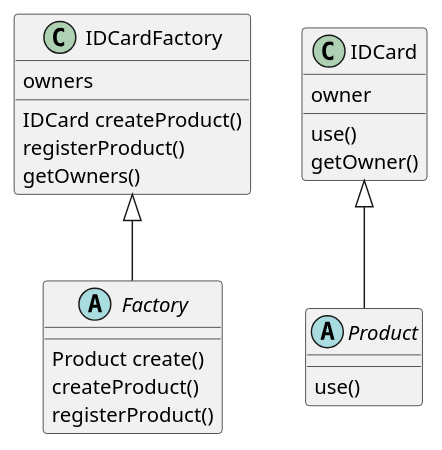
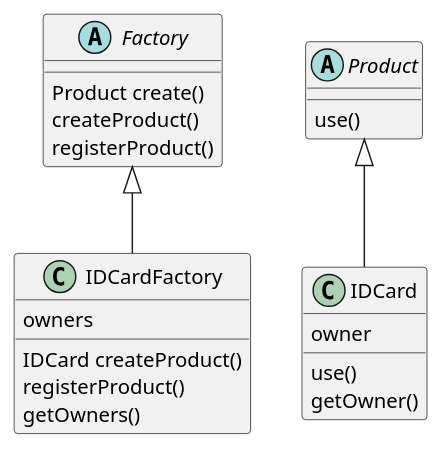
One commit to jgj1018/long_runner_study changed the diagram in Design Pattern/Park/src/main/kotlin/factoryPattern/idCardFactory/IdFactory.puml. Above: the diagram before and after it, drawn with PlantUML. The commit also changed 26 other files, not shown here.

```diff
--- a/Design Pattern/Park/src/main/kotlin/factoryPattern/idCardFactory/IdFactory.puml
+++ b/Design Pattern/Park/src/main/kotlin/factoryPattern/idCardFactory/IdFactory.puml
@@ -1,27 +1,27 @@
 @startuml
 
 abstract Factory{
 Product create()
 createProduct()
 registerProduct()
 }
 
 abstract Product{
 use()
 }
 
-IDCardFactory <|-- Factory
+Factory <|-- IDCardFactory
 class IDCardFactory{
 owners
 IDCard createProduct()
 registerProduct()
 getOwners()
 }
 
-IDCard <|-- Product
+Product <|--  IDCard
 class IDCard{
 owner
 use()
 getOwner()
 }
 @enduml
```
